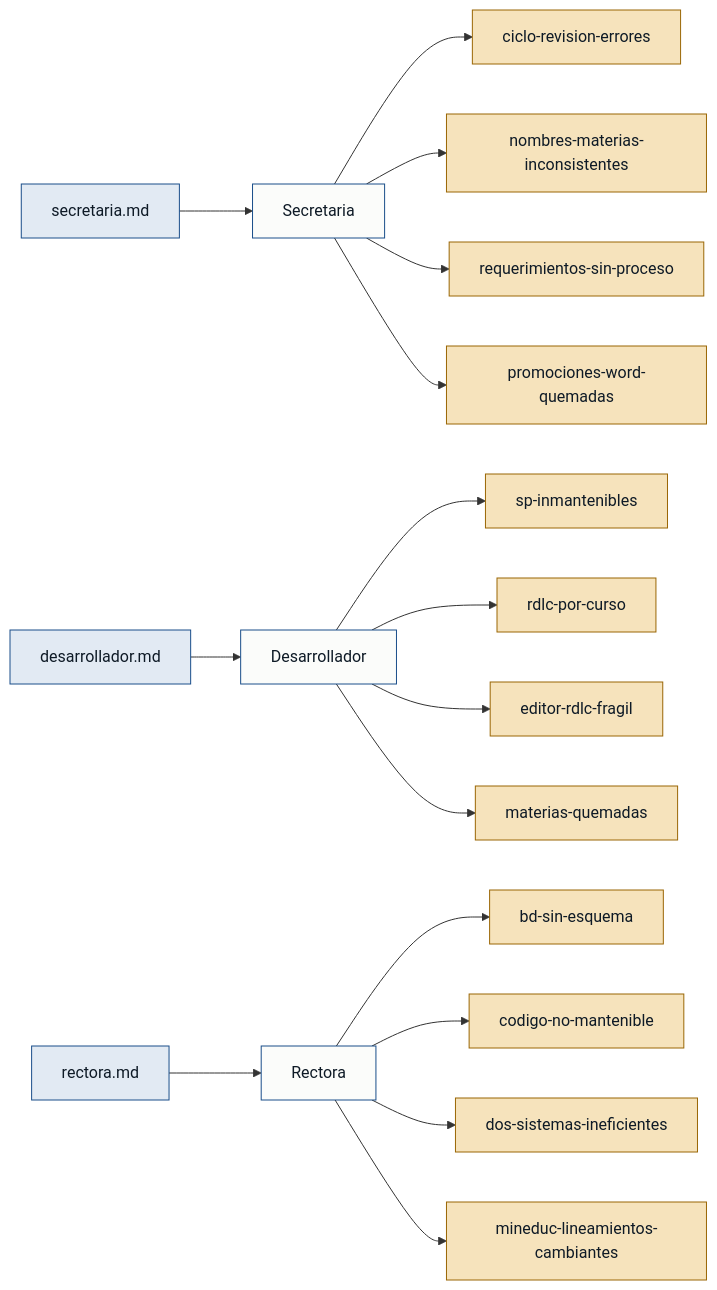
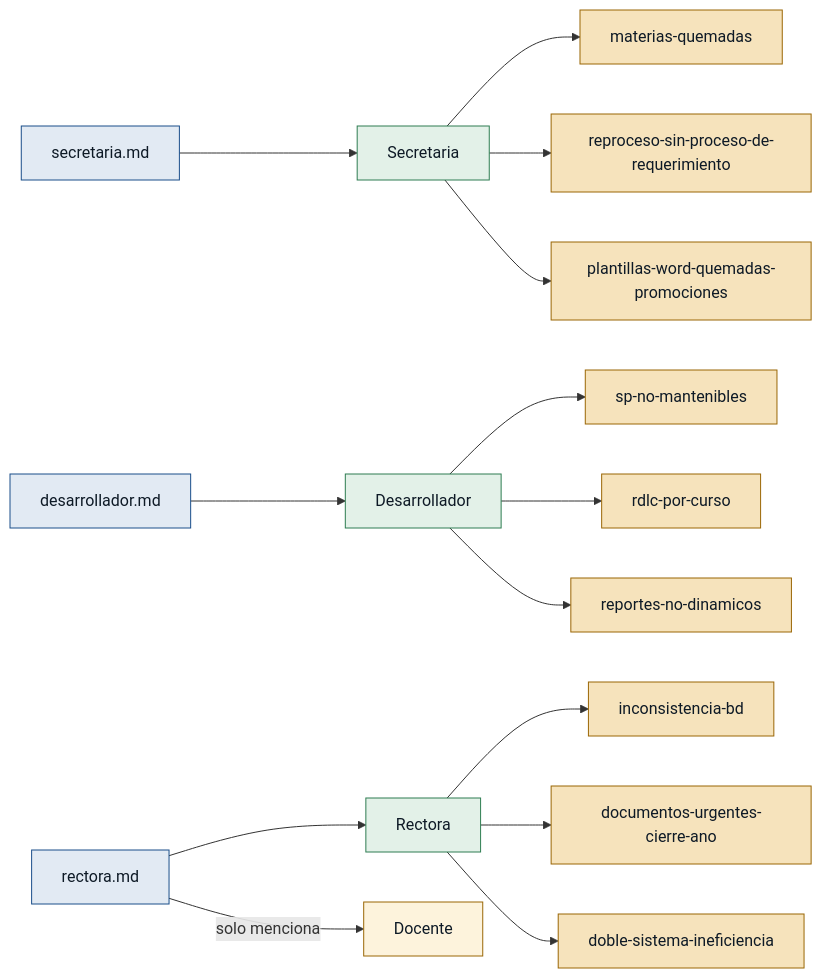
One commit to juanpabloanton/discovery-agent-taller changed the diagram in discoveries/cienciayfe/outputs/personas.md. Above: the diagram before and after it, drawn with Mermaid. The commit also changed other lines of this file and 9 other files, not shown here.

````diff
--- a/discoveries/cienciayfe/outputs/personas.md
+++ b/discoveries/cienciayfe/outputs/personas.md
@@ -3,24 +3,24 @@
 ```mermaid
 flowchart LR
-  classDef src fill:#E2EAF3,stroke:#1A4E8A,color:#0E1A26;
-  classDef per fill:#FBFCFA,stroke:#1A4E8A,color:#0E1A26;
+  classDef src  fill:#E2EAF3,stroke:#1A4E8A,color:#0E1A26;
+  classDef per  fill:#E3F1E8,stroke:#2E7D52,color:#0E1A26;
+  classDef ref  fill:#FDF3DC,stroke:#9A6605,color:#0E1A26;
   classDef pain fill:#F6E3BC,stroke:#9A6605,color:#0E1A26;
 
-  SEC[secretaria.md]:::src --> P1[Secretaria]:::per
-  P1 --> D1[ciclo-revision-errores]:::pain
-  P1 --> D2[nombres-materias-inconsistentes]:::pain
-  P1 --> D3[requerimientos-sin-proceso]:::pain
-  P1 --> D4[promociones-word-quemadas]:::pain
+  S[secretaria.md]:::src   --> PS[Secretaria]:::per
+  D[desarrollador.md]:::src --> PD[Desarrollador]:::per
+  R[rectora.md]:::src      --> PR[Rectora]:::per
+  R -->|solo menciona| DOC[Docente]:::ref
 
-  DEV[desarrollador.md]:::src --> P2[Desarrollador]:::per
-  P2 --> D5[sp-inmantenibles]:::pain
-  P2 --> D6[rdlc-por-curso]:::pain
-  P2 --> D7[editor-rdlc-fragil]:::pain
-  P2 --> D8[materias-quemadas]:::pain
+  PS --> PA1[materias-quemadas]:::pain
+  PS --> PA6[reproceso-sin-proceso-de-requerimiento]:::pain
+  PS --> PA8[plantillas-word-quemadas-promociones]:::pain
 
-  REC[rectora.md]:::src --> P3[Rectora]:::per
-  P3 --> D9[bd-sin-esquema]:::pain
-  P3 --> D10[codigo-no-mantenible]:::pain
-  P3 --> D11[dos-sistemas-ineficientes]:::pain
-  P3 --> D12[mineduc-lineamientos-cambiantes]:::pain
+  PD --> PA3[sp-no-mantenibles]:::pain
+  PD --> PA4[rdlc-por-curso]:::pain
+  PD --> PA5[reportes-no-dinamicos]:::pain
+
+  PR --> PA2[inconsistencia-bd]:::pain
+  PR --> PA7[documentos-urgentes-cierre-ano]:::pain
+  PR --> PA9[doble-sistema-ineficiencia]:::pain
 ```
````
